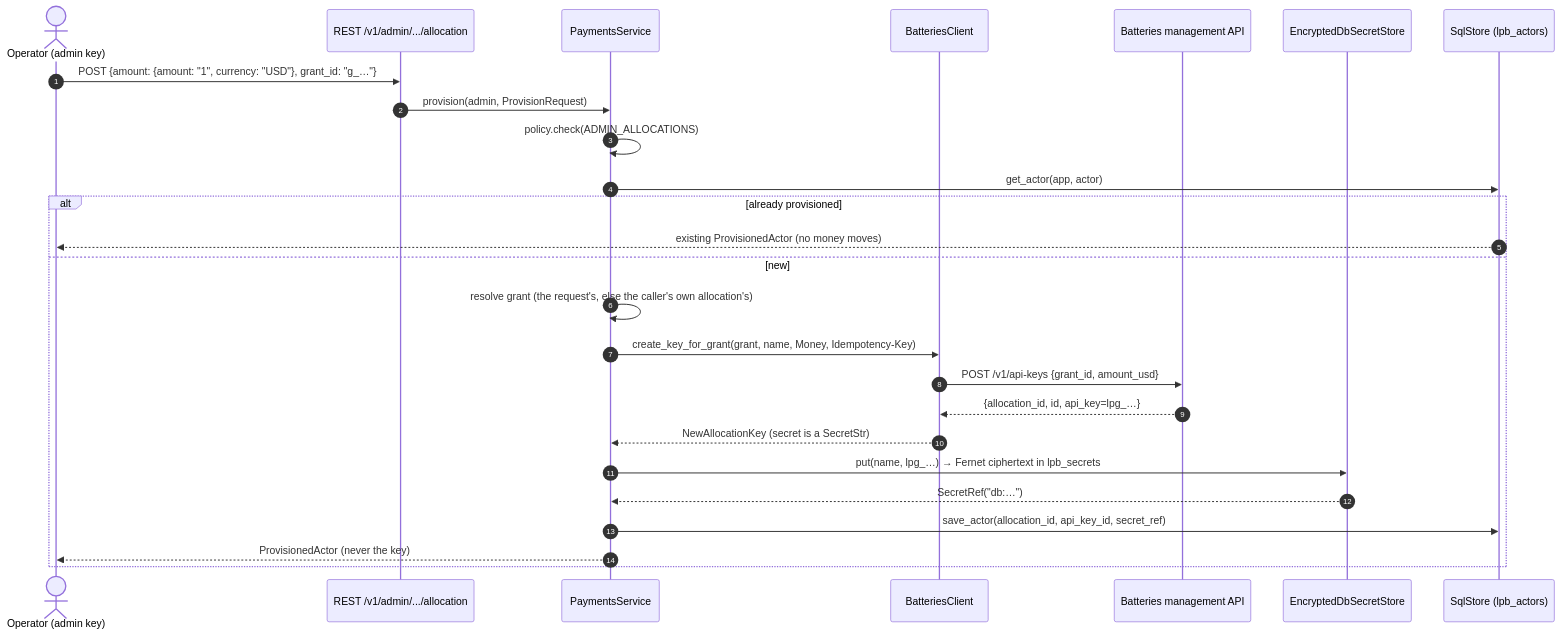
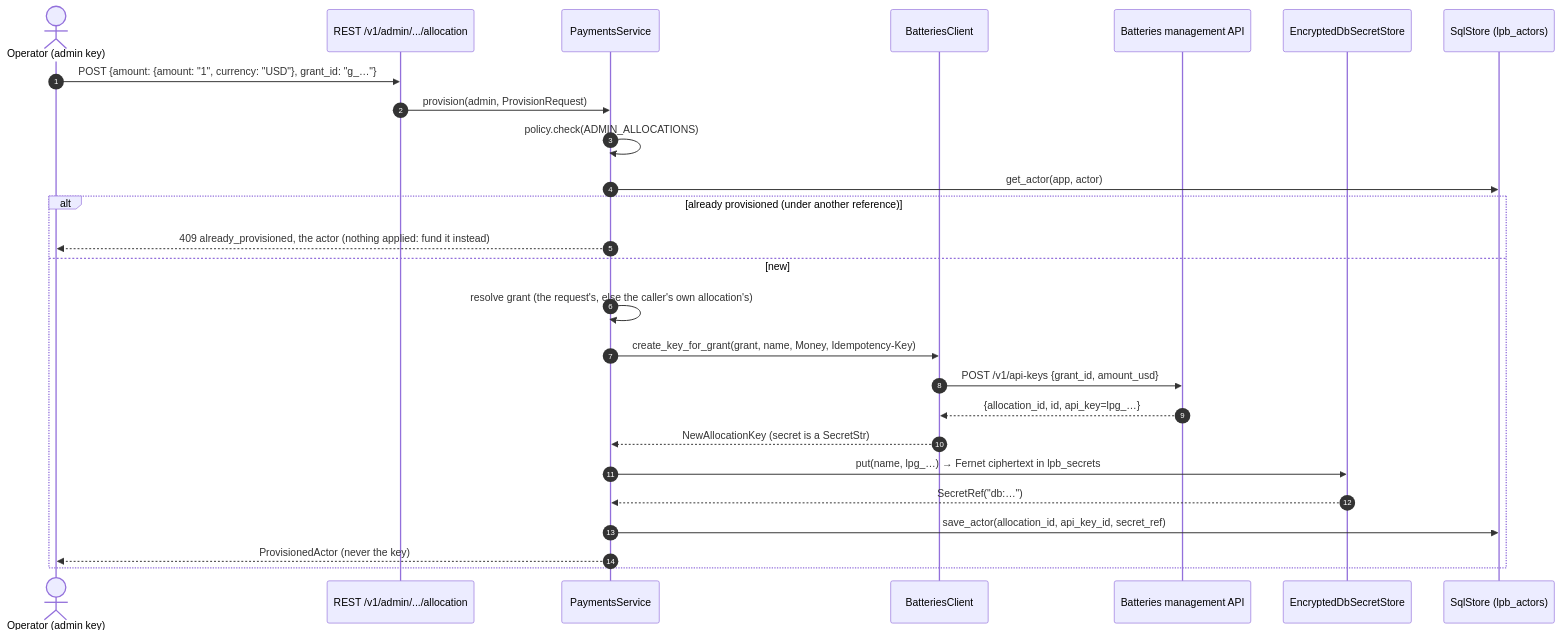
The fifth of 12 diagrams in docs/design-docs/architecture-diagrams.md (NE-Build-Track/livepeer-builder-core), drawn with Mermaid before and after one commit. The commit also changed 10 other files, not shown here.

First line of the commit message:
fix: already_provisioned and a real Retry-After for admin commands (D57)

````diff
--- a/docs/design-docs/architecture-diagrams.md
+++ b/docs/design-docs/architecture-diagrams.md
@@ -158,28 +158,28 @@
 ```mermaid
 sequenceDiagram
     autonumber
     actor Op as Operator (admin key)
     participant H as REST /v1/admin/.../allocation
     participant Pay as PaymentsService
     participant B as BatteriesClient
     participant Bat as Batteries management API
     participant Sec as EncryptedDbSecretStore
     participant DB as SqlStore (lpb_actors)
     Op->>H: POST {amount: {amount: "1", currency: "USD"}, grant_id: "g_…"}
     H->>Pay: provision(admin, ProvisionRequest)
     Pay->>Pay: policy.check(ADMIN_ALLOCATIONS)
     Pay->>DB: get_actor(app, actor)
-    alt already provisioned
-        DB-->>Op: existing ProvisionedActor (no money moves)
+    alt already provisioned (under another reference)
+        Pay-->>Op: 409 already_provisioned, the actor (nothing applied: fund it instead)
     else new
         Pay->>Pay: resolve grant (the request's, else the caller's own allocation's)
         Pay->>B: create_key_for_grant(grant, name, Money, Idempotency-Key)
         B->>Bat: POST /v1/api-keys {grant_id, amount_usd}
         Bat-->>B: {allocation_id, id, api_key=lpg_…}
         B-->>Pay: NewAllocationKey (secret is a SecretStr)
         Pay->>Sec: put(name, lpg_…) → Fernet ciphertext in lpb_secrets
         Sec-->>Pay: SecretRef("db:…")
         Pay->>DB: save_actor(allocation_id, api_key_id, secret_ref)
         Pay-->>Op: ProvisionedActor (never the key)
     end
 ```
````
